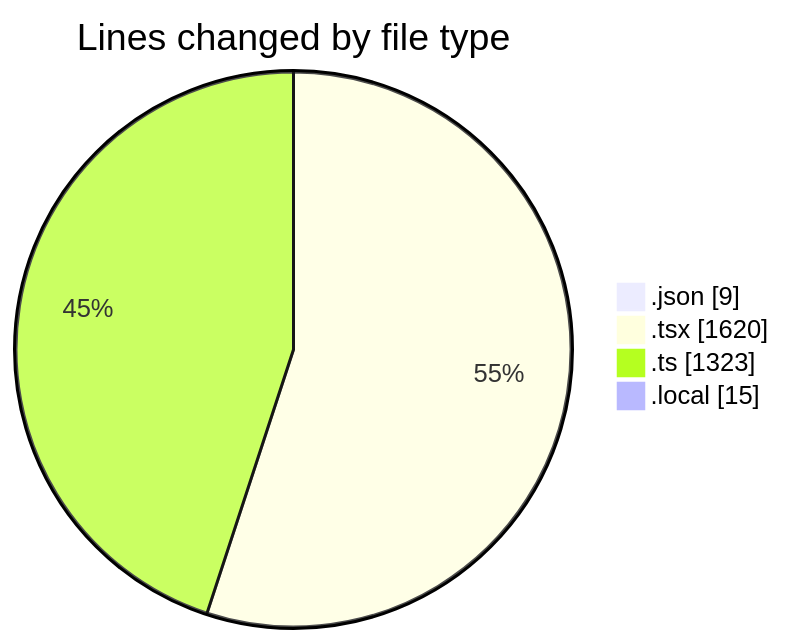
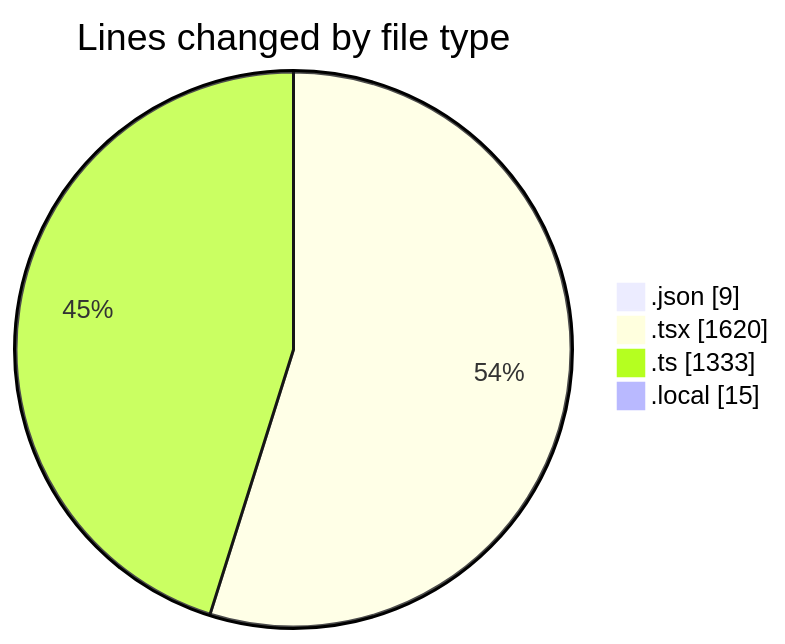
The first of 2 diagrams in 2025-10-27/eventscop-frontend-guide__workspace_/README.md (julien-gomy/code-tracking), drawn with Mermaid before and after one commit. The commit also changed other lines of this file and 1 other file, not shown here.

````diff
--- a/2025-10-27/eventscop-frontend-guide__workspace_/README.md
+++ b/2025-10-27/eventscop-frontend-guide__workspace_/README.md
@@ -35,8 +35,8 @@
 ```mermaid
 pie showData
 title Lines changed by file type
 ".json" : 9
 ".tsx" : 1620
-".ts" : 1323
+".ts" : 1333
 ".local" : 15
 ```
````
